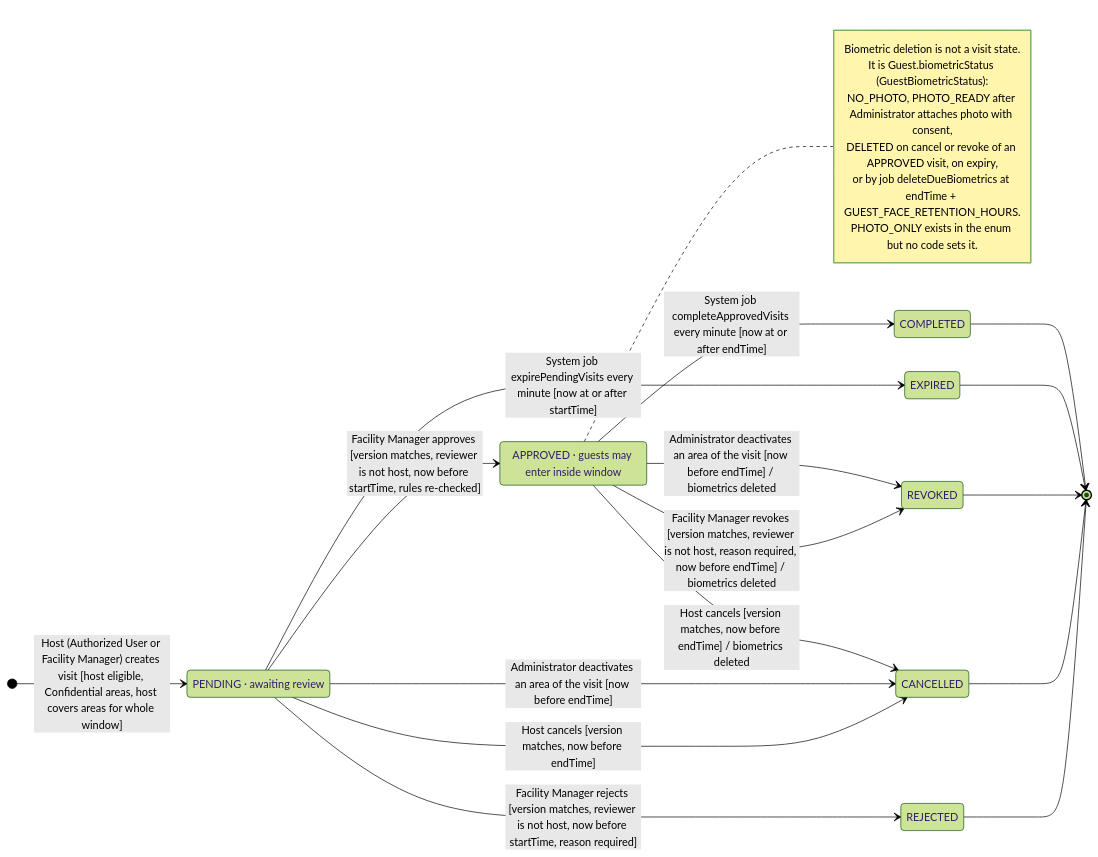
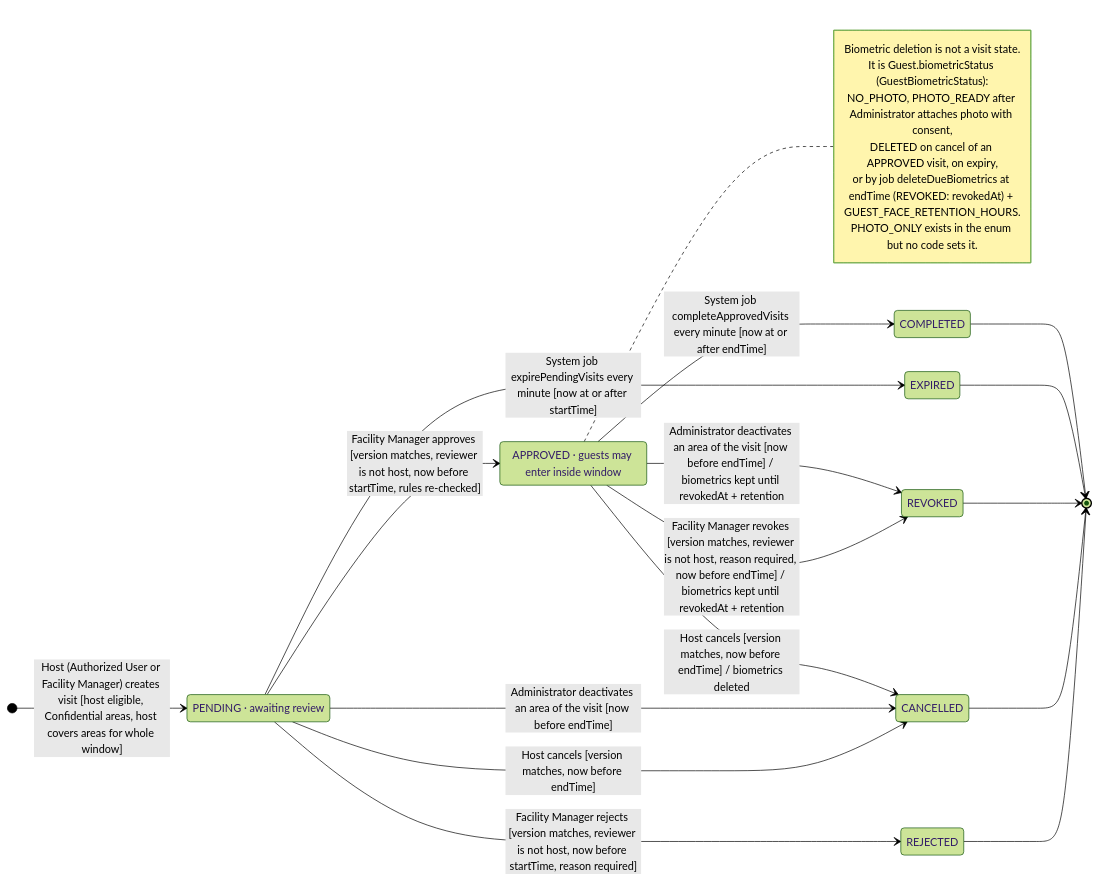
One commit to AnhHao2505/AI-Based-Intelligent-Campus-Security-Surveillance-System changed the diagram in docs/diagrams/state-guest-visit.mmd. Above: the diagram before and after it, drawn with Mermaid (forest theme). The commit also changed 14 other files, not shown here.

Commit message:
fix(guest): keep guest biometrics for the retention period after revocation; default 72 h (V133)

```diff
--- a/docs/diagrams/state-guest-visit.mmd
+++ b/docs/diagrams/state-guest-visit.mmd
@@ -1,39 +1,39 @@
 %% Title: SM-02 Guest visit lifecycle · Source: enums/GuestVisitStatus.java, service/GuestVisitService.java, service/GuestVisitJobService.java, scheduler/GuestVisitScheduler.java · Generated from main @ 84f5565
 stateDiagram-v2
     direction LR
 
     state "PENDING · awaiting review" as PENDING
     state "APPROVED · guests may enter inside window" as APPROVED
     state "REJECTED" as REJECTED
     state "CANCELLED" as CANCELLED
     state "REVOKED" as REVOKED
     state "EXPIRED" as EXPIRED
     state "COMPLETED" as COMPLETED
 
     [*] --> PENDING : Host (Authorized User or Facility Manager) creates visit [host eligible, Confidential areas, host covers areas for whole window]
 
     PENDING --> APPROVED : Facility Manager approves [version matches, reviewer is not host, now before startTime, rules re-checked]
     PENDING --> REJECTED : Facility Manager rejects [version matches, reviewer is not host, now before startTime, reason required]
     PENDING --> CANCELLED : Host cancels [version matches, now before endTime]
     PENDING --> CANCELLED : Administrator deactivates an area of the visit [now before endTime]
     PENDING --> EXPIRED : System job expirePendingVisits every minute [now at or after startTime]
 
     APPROVED --> CANCELLED : Host cancels [version matches, now before endTime] / biometrics deleted
-    APPROVED --> REVOKED : Facility Manager revokes [version matches, reviewer is not host, reason required, now before endTime] / biometrics deleted
-    APPROVED --> REVOKED : Administrator deactivates an area of the visit [now before endTime] / biometrics deleted
+    APPROVED --> REVOKED : Facility Manager revokes [version matches, reviewer is not host, reason required, now before endTime] / biometrics kept until revokedAt + retention
+    APPROVED --> REVOKED : Administrator deactivates an area of the visit [now before endTime] / biometrics kept until revokedAt + retention
     APPROVED --> COMPLETED : System job completeApprovedVisits every minute [now at or after endTime]
 
     REJECTED --> [*]
     CANCELLED --> [*]
     REVOKED --> [*]
     EXPIRED --> [*]
     COMPLETED --> [*]
 
     note right of APPROVED
         Biometric deletion is not a visit state.
         It is Guest.biometricStatus (GuestBiometricStatus):
         NO_PHOTO, PHOTO_READY after Administrator attaches photo with consent,
-        DELETED on cancel or revoke of an APPROVED visit, on expiry,
-        or by job deleteDueBiometrics at endTime + GUEST_FACE_RETENTION_HOURS.
+        DELETED on cancel of an APPROVED visit, on expiry,
+        or by job deleteDueBiometrics at endTime (REVOKED: revokedAt) + GUEST_FACE_RETENTION_HOURS.
         PHOTO_ONLY exists in the enum but no code sets it.
     end note
```
